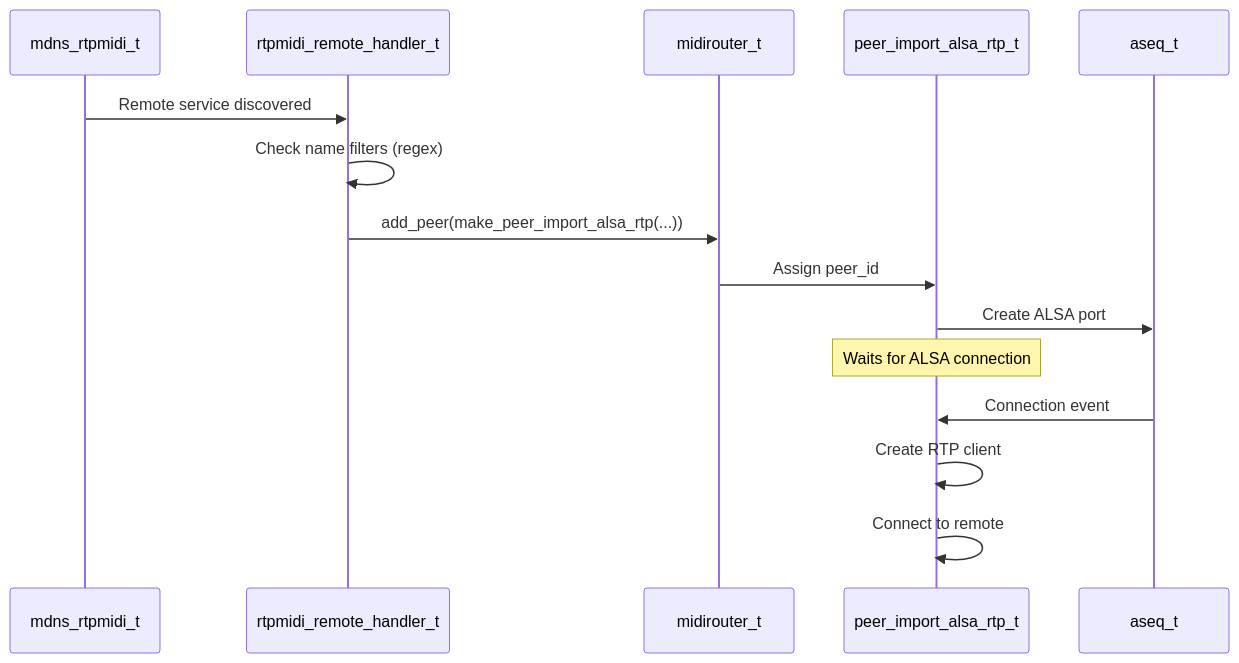
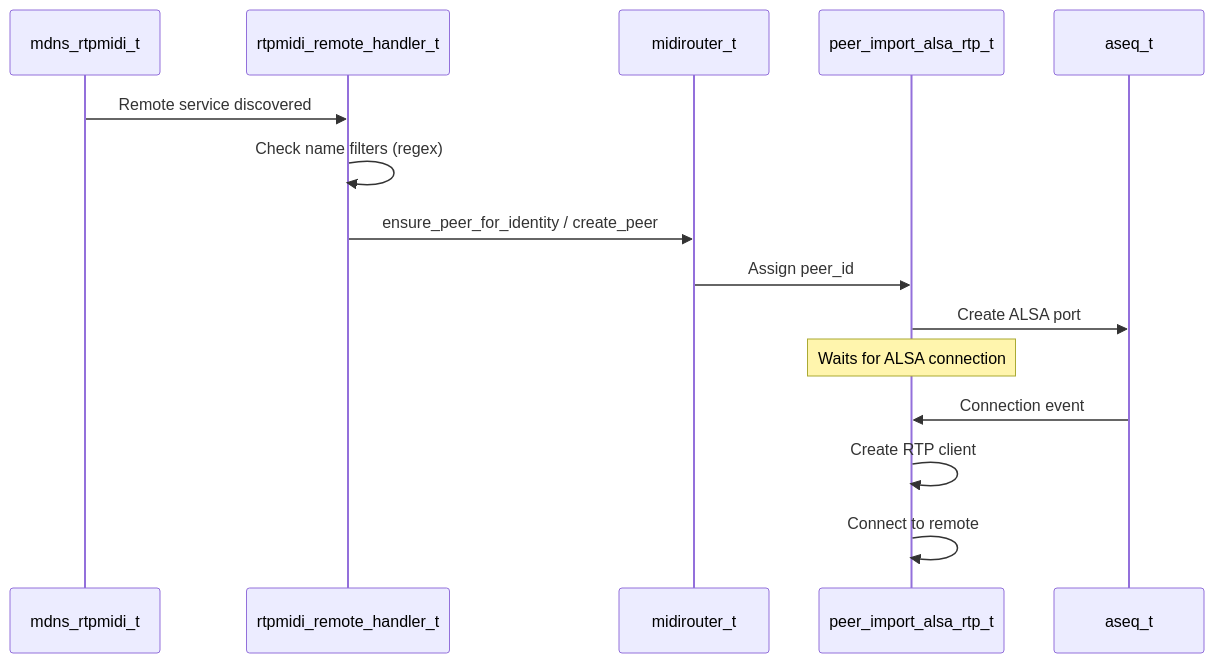
Before and after one commit to davidmoreno/rtpmidid: the fifth of 5 diagrams in AGENTS.md, drawn with Mermaid. The commit also changed other lines of this file and 55 other files, not shown here.

````diff
--- a/AGENTS.md
+++ b/AGENTS.md
@@ -417,18 +417,18 @@
 ```mermaid
 sequenceDiagram
     participant mDNS as mdns_rtpmidi_t
     participant Handler as rtpmidi_remote_handler_t
     participant Router as midirouter_t
     participant Listener as peer_import_alsa_rtp_t
     participant ASEQ as aseq_t
     
     mDNS->>Handler: Remote service discovered
     Handler->>Handler: Check name filters (regex)
-    Handler->>Router: add_peer(make_peer_import_alsa_rtp(...))
+    Handler->>Router: ensure_peer_for_identity / create_peer
     Router->>Listener: Assign peer_id
     Listener->>ASEQ: Create ALSA port
     Note over Listener: Waits for ALSA connection
     ASEQ->>Listener: Connection event
     Listener->>Listener: Create RTP client
     Listener->>Listener: Connect to remote
 ```
````
